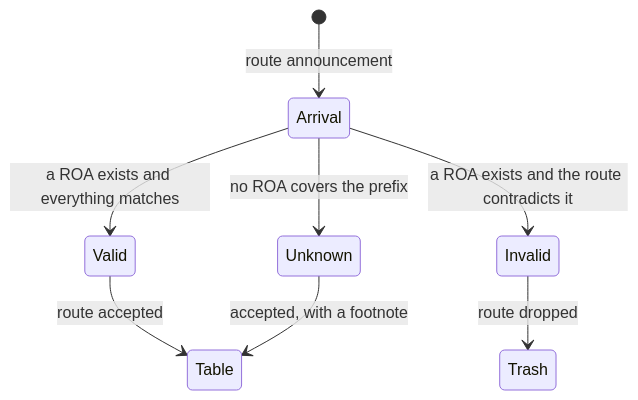
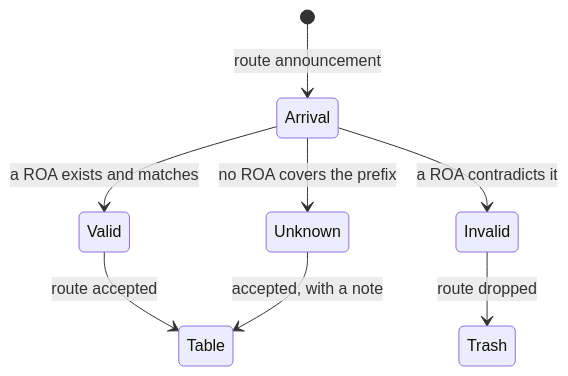
One commit to alicino/kb-blog changed the third of 4 diagrams in src/content/articles/en/2026-10-19-rpki-signed-routes.md. Above: the diagram before and after it, drawn with Mermaid. The commit also changed other lines of this file and 81 other files, not shown here.

First line of the commit message:
fix(paridade): corrige render dos diagramas e padroniza a capa em 1200x333

````diff
--- a/src/content/articles/en/2026-10-19-rpki-signed-routes.md
+++ b/src/content/articles/en/2026-10-19-rpki-signed-routes.md
@@ -78,10 +78,10 @@
 ```mermaid
 stateDiagram-v2
     [*] --> Arrival: route announcement
-    Arrival --> Valid: a ROA exists and everything matches
-    Arrival --> Invalid: a ROA exists and the route contradicts it
+    Arrival --> Valid: a ROA exists and matches
+    Arrival --> Invalid: a ROA contradicts it
     Arrival --> Unknown: no ROA covers the prefix
     Valid --> Table: route accepted
     Invalid --> Trash: route dropped
-    Unknown --> Table: accepted, with a footnote
+    Unknown --> Table: accepted, with a note
 ```
````
